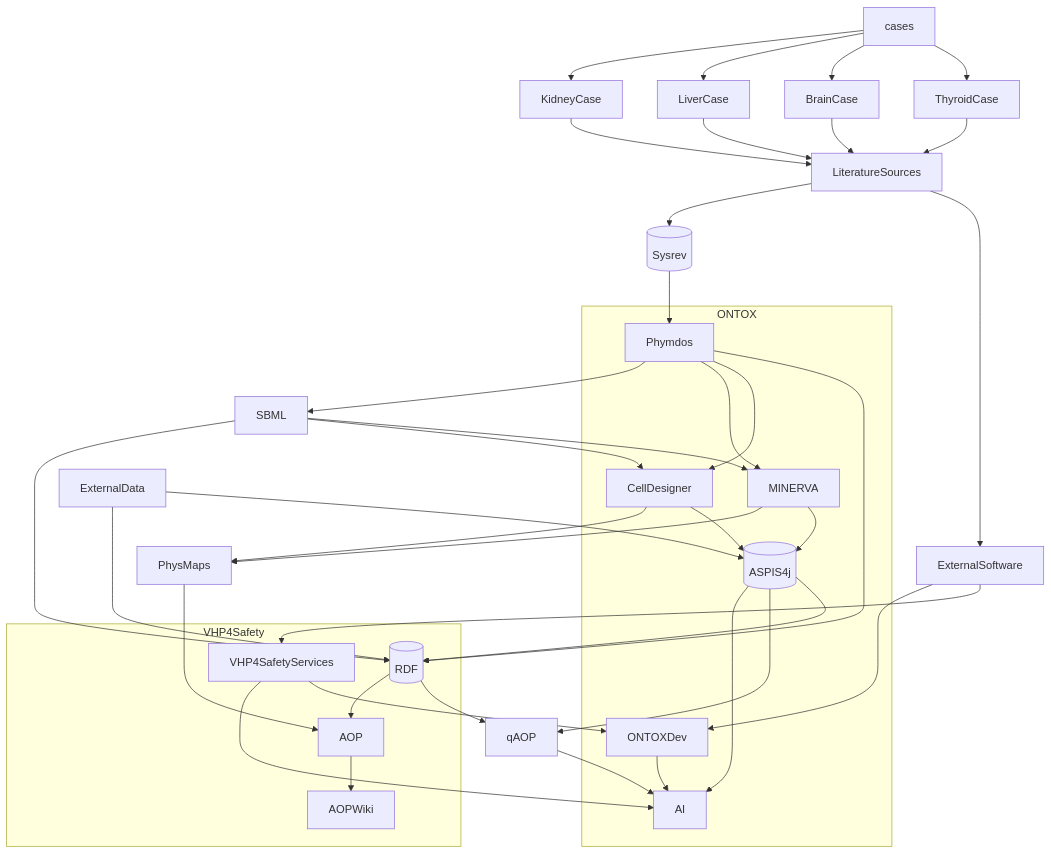
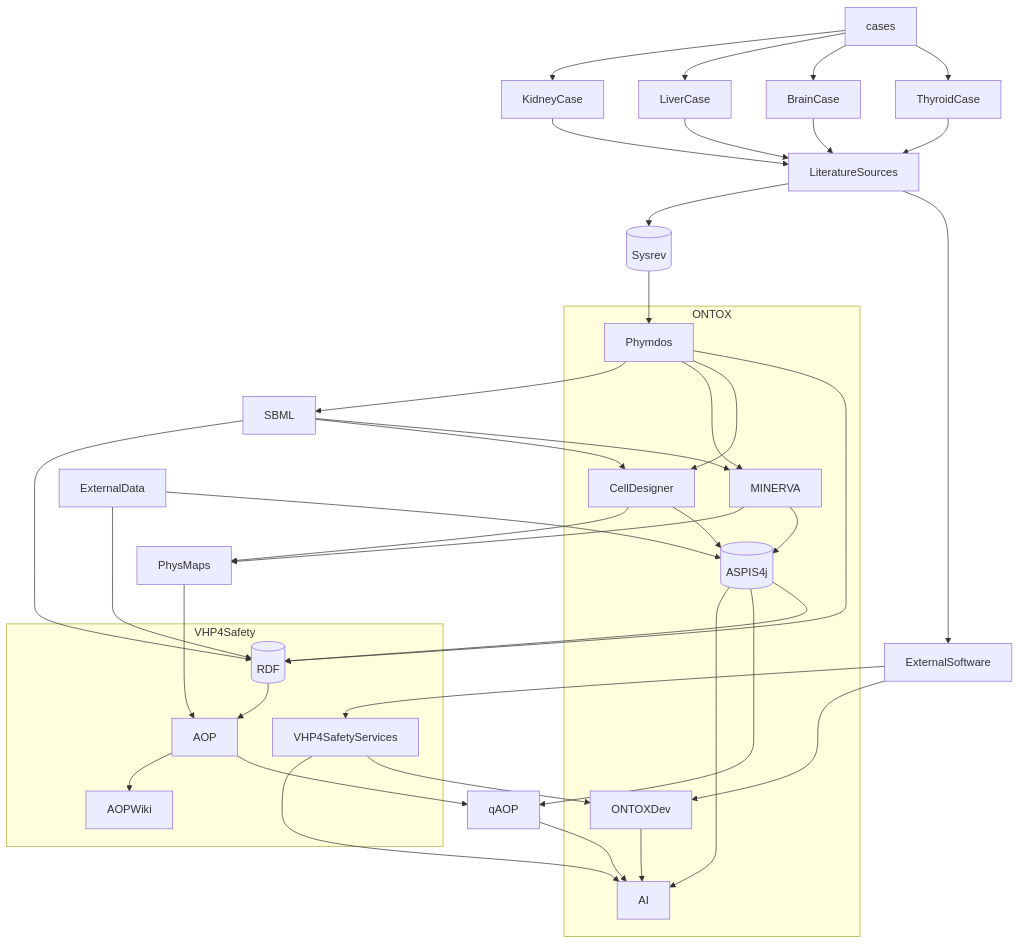
Before and after one commit to ontox-hu/workflows: the diagram in ONTOX-vs-VHP4Safety.md, drawn with Mermaid.

````diff
--- a/ONTOX-vs-VHP4Safety.md
+++ b/ONTOX-vs-VHP4Safety.md
@@ -1,62 +1,62 @@
 ```mermaid
 flowchart TB
 
     cases-->KidneyCase
     cases-->LiverCase
     cases-->BrainCase
     cases-->ThyroidCase
      
     KidneyCase-->LiteratureSources
     LiverCase-->LiteratureSources
     BrainCase-->LiteratureSources
     ThyroidCase-->LiteratureSources
     LiteratureSources-->Sysrev[(Sysrev)]
      
     
     Sysrev[(Sysrev)]-->Phymdos
     Phymdos-->SBML
     SBML-->CellDesigner
     SBML-->MINERVA
     SBML-->RDF[(RDF)]
     
     CellDesigner-->PhysMaps
     MINERVA-->PhysMaps
     
     PhysMaps-->AOP
     
     subgraph ONTOX
     ONTOXDev
     Phymdos-->MINERVA
     Phymdos-->CellDesigner
     
     CellDesigner-->ASPIS4j[(ASPIS4j)]
     MINERVA-->ASPIS4j[(ASPIS4j)]
     ASPIS4j[(ASPIS4j)]-->AI
     
     end
     
     
     subgraph VHP4Safety
     Phymdos-->RDF[(RDF)]
     RDF[(RDF)]-->AOP
     AOP-->AOPWiki
     VHP4SafetyServices
     VHP4SafetyServices-->AI
     ONTOXDev-->AI
     end
     
     VHP4SafetyServices-->ONTOXDev
-    
+    AOP-->qAOP
     
     LiteratureSources-->ExternalSoftware
     ExternalSoftware-->VHP4SafetyServices
     ExternalSoftware-->ONTOXDev
     ExternalData-->ASPIS4j[(ASPIS4j)]
-    RDF[(RDF)]-->qAOP
+    
     ASPIS4j[(ASPIS4j)]-->qAOP
     ASPIS4j[(ASPIS4j)]-->RDF[(RDF)]
     ExternalData-->RDF[(RDF)]
     qAOP-->AI
     
     
 ```
````
